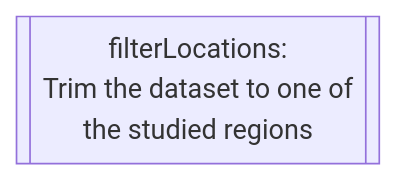
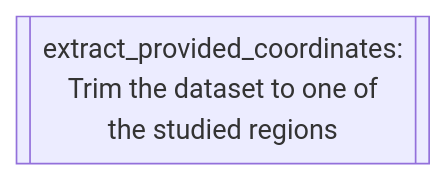
Before and after one commit to Tuks-ICMM/Pharmacogenetic-Analysis-Pipeline: diagram 20 of 26 in docs/02-workflow/02-methodology-summary.md, drawn with Mermaid. The commit also changed other lines of this file and 2 other files, not shown here.

````diff
--- a/docs/02-workflow/02-methodology-summary.md
+++ b/docs/02-workflow/02-methodology-summary.md
@@ -802,4 +878,4 @@
   ```mermaid
   flowchart TD
-    filterLocations[[filterLocations:\nTrim the dataset to one of\nthe studied regions]]
+    extract_provided_coordinates[[extract_provided_coordinates:\nTrim the dataset to one of\nthe studied regions]]
   ```
````
